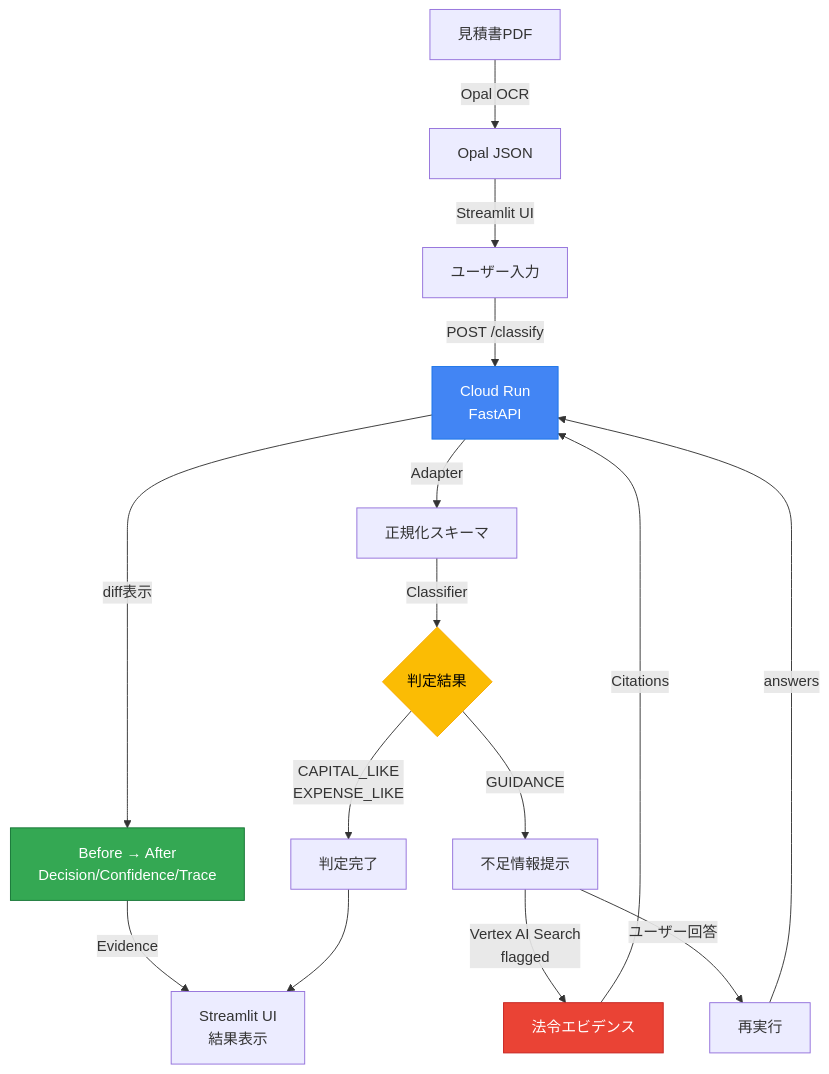
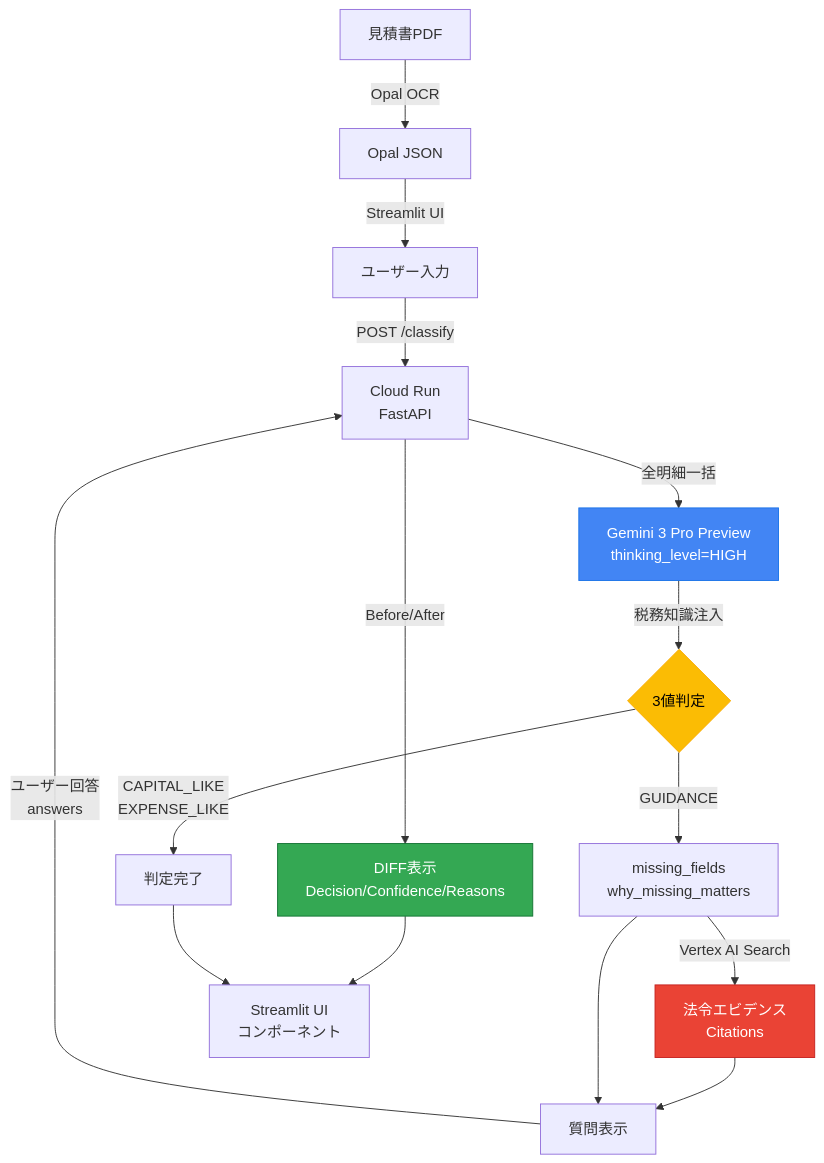
Before and after one commit to Majiro-ns/fixed-asset-agentic: the diagram in README.md, drawn with Mermaid. The commit also changed other lines of this file and 106 other files, not shown here.

````diff
--- a/README.md
+++ b/README.md
@@ -164,22 +283,22 @@
 ```mermaid
 graph TB
     A[見積書PDF] -->|Opal OCR| B[Opal JSON]
     B -->|Streamlit UI| C[ユーザー入力]
     C -->|POST /classify| D[Cloud Run<br/>FastAPI]
-    D -->|Adapter| E[正規化スキーマ]
-    E -->|Classifier| F{判定結果}
+    D -->|全明細一括| E["Gemini 3 Pro Preview<br/>thinking_level=HIGH"]
+    E -->|税務知識注入| F{3値判定}
     F -->|CAPITAL_LIKE<br/>EXPENSE_LIKE| G[判定完了]
-    F -->|GUIDANCE| H[不足情報提示]
-    H -->|Vertex AI Search<br/>flagged| I[法令エビデンス]
-    I -->|Citations| D
-    H -->|ユーザー回答| J[再実行]
-    J -->|answers| D
-    D -->|diff表示| K[Before → After<br/>Decision/Confidence/Trace]
-    K -->|Evidence| L[Streamlit UI<br/>結果表示]
+    F -->|GUIDANCE| H[missing_fields<br/>why_missing_matters]
+    H -->|Vertex AI Search| I[法令エビデンス<br/>Citations]
+    I --> J[質問表示]
+    H --> J
+    J -->|ユーザー回答<br/>answers| D
+    D -->|Before/After| K[DIFF表示<br/>Decision/Confidence/Reasons]
+    K --> L[Streamlit UI<br/>コンポーネント]
     G --> L
 
-    style D fill:#4285f4,stroke:#1a73e8,color:#fff
+    style E fill:#4285f4,stroke:#1a73e8,color:#fff
     style I fill:#ea4335,stroke:#c5221f,color:#fff
     style F fill:#fbbc04,stroke:#f9ab00,color:#000
     style K fill:#34a853,stroke:#137333,color:#fff
 ```
````
